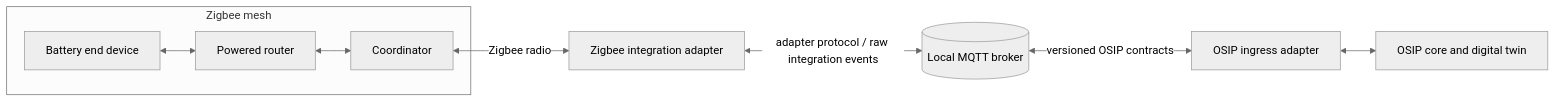
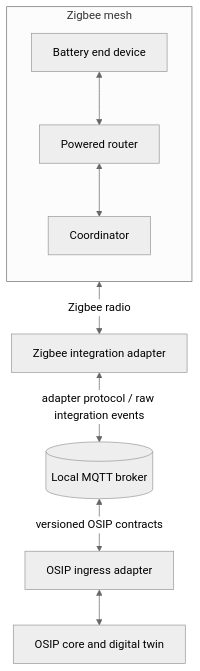
Before and after one commit to 3hllc/osip-docs: the diagram in docs/en/architecture/zigbee-mesh-and-mqtt-bridge.md, drawn with Mermaid (neutral theme). The commit also changed 6 other files, not shown here.

Commit message:
Prefer vertical layouts for OSIP diagrams

````diff
--- a/docs/en/architecture/zigbee-mesh-and-mqtt-bridge.md
+++ b/docs/en/architecture/zigbee-mesh-and-mqtt-bridge.md
@@ -13,19 +13,20 @@
 ```mermaid
-flowchart LR
+flowchart TB
     subgraph ZM[Zigbee mesh]
+        direction TB
         E[Battery end device]
         R[Powered router]
         C[Coordinator]
         E <--> R
         R <--> C
     end
     A[Zigbee integration adapter]
     B[(Local MQTT broker)]
     I[OSIP ingress adapter]
     K[OSIP core and digital twin]
 
     C <-- "Zigbee radio" --> A
     A <-- "adapter protocol / raw integration events" --> B
     B <-- "versioned OSIP contracts" --> I
     I <--> K
 ```
````
